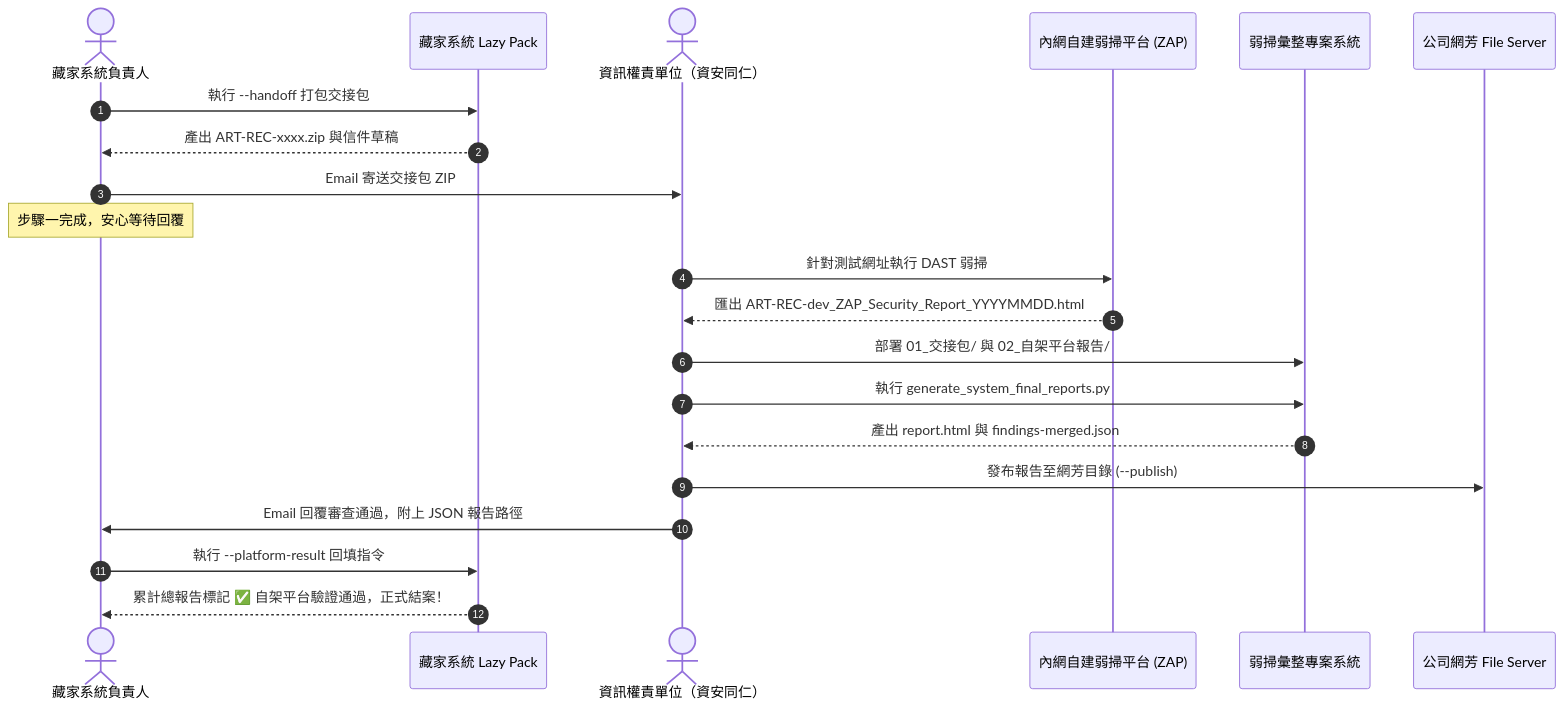
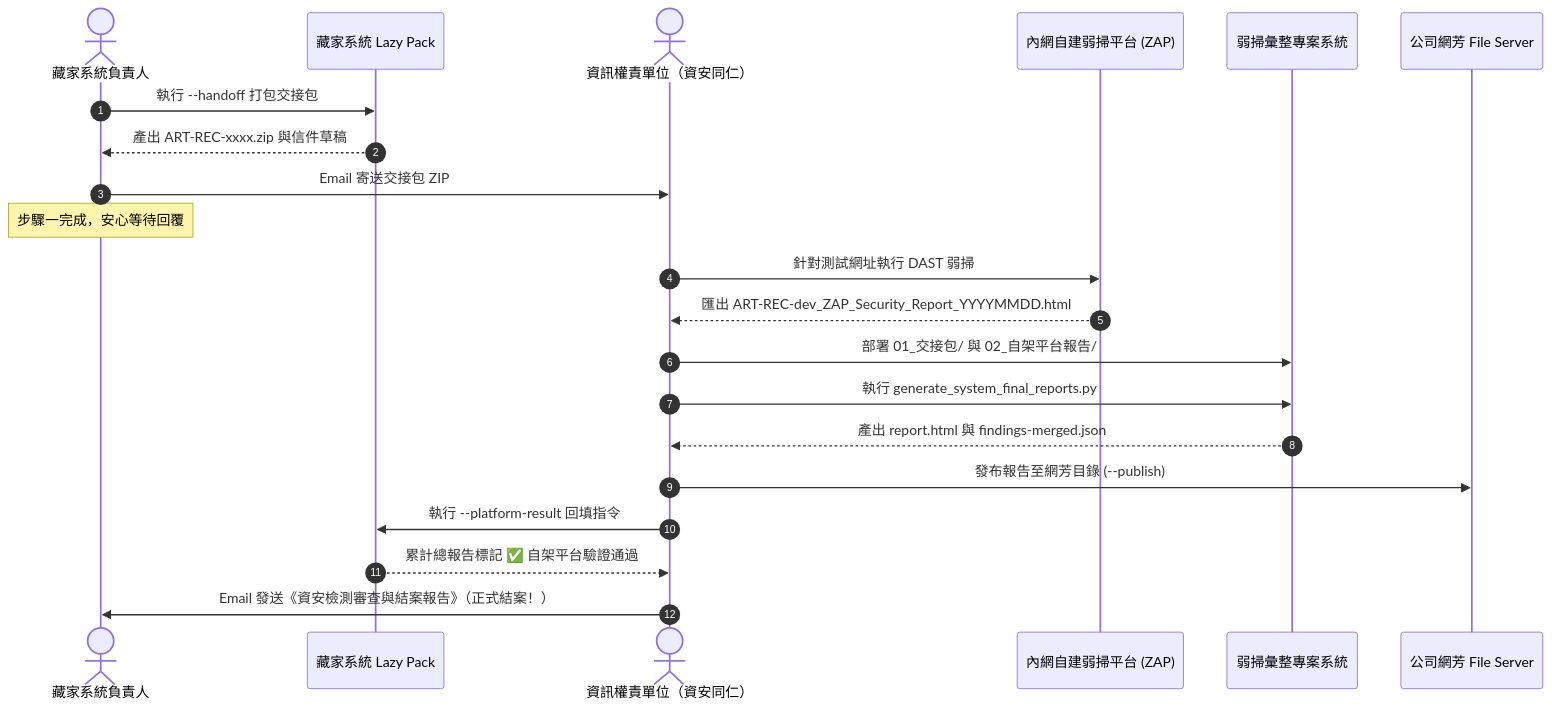
Before and after one commit to argen9988/art-collector-recommender: the diagram in docs/self-hosted-platform-verification-sop.md, drawn with Mermaid. The commit also changed other lines of this file and 6 other files, not shown here.

````diff
--- a/docs/self-hosted-platform-verification-sop.md
+++ b/docs/self-hosted-platform-verification-sop.md
@@ -43,26 +43,25 @@
 ```mermaid
 sequenceDiagram
     autonumber
     actor Dev as 藏家系統負責人
     participant LP as 藏家系統 Lazy Pack
     actor Sec as 資訊權責單位（資安同仁）
     participant ZAP as 內網自建弱掃平台 (ZAP)
     participant VSS as 弱掃彙整專案系統
     participant FS as 公司網芳 File Server
 
     Dev->>LP: 執行 --handoff 打包交接包
     LP-->>Dev: 產出 ART-REC-xxxx.zip 與信件草稿
     Dev->>Sec: Email 寄送交接包 ZIP
     Note over Dev: 步驟一完成，安心等待回覆
 
     Sec->>ZAP: 針對測試網址執行 DAST 弱掃
     ZAP-->>Sec: 匯出 ART-REC-dev_ZAP_Security_Report_YYYYMMDD.html
     Sec->>VSS: 部署 01_交接包/ 與 02_自架平台報告/
     Sec->>VSS: 執行 generate_system_final_reports.py
     VSS-->>Sec: 產出 report.html 與 findings-merged.json
     Sec->>FS: 發布報告至網芳目錄 (--publish)
-    Sec->>Dev: Email 回覆審查通過，附上 JSON 報告路徑
-    
-    Dev->>LP: 執行 --platform-result 回填指令
-    LP-->>Dev: 累計總報告標記 ✅ 自架平台驗證通過，正式結案！
+    Sec->>LP: 執行 --platform-result 回填指令
+    LP-->>Sec: 累計總報告標記 ✅ 自架平台驗證通過
+    Sec->>Dev: Email 發送《資安檢測審查與結案報告》（正式結案！）
 ```
````
